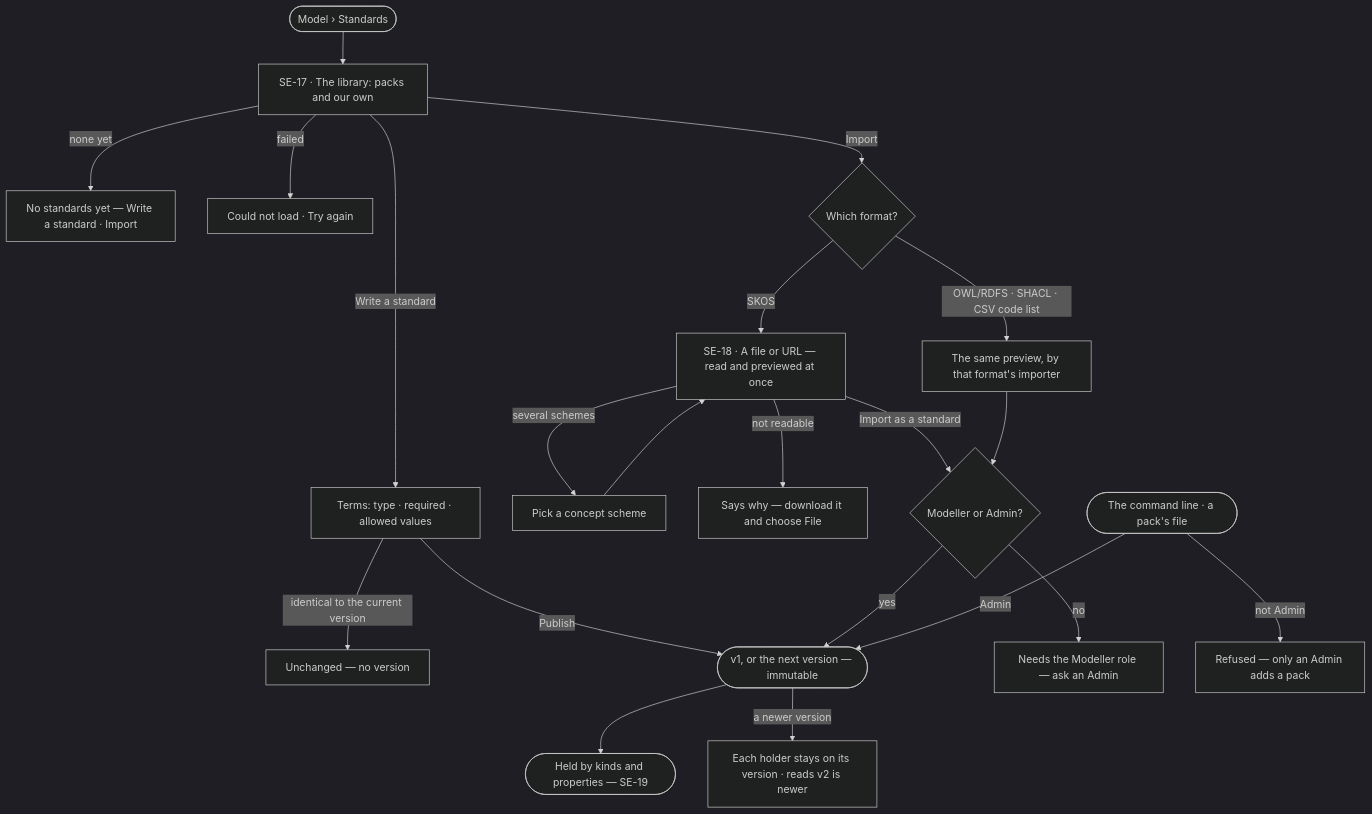
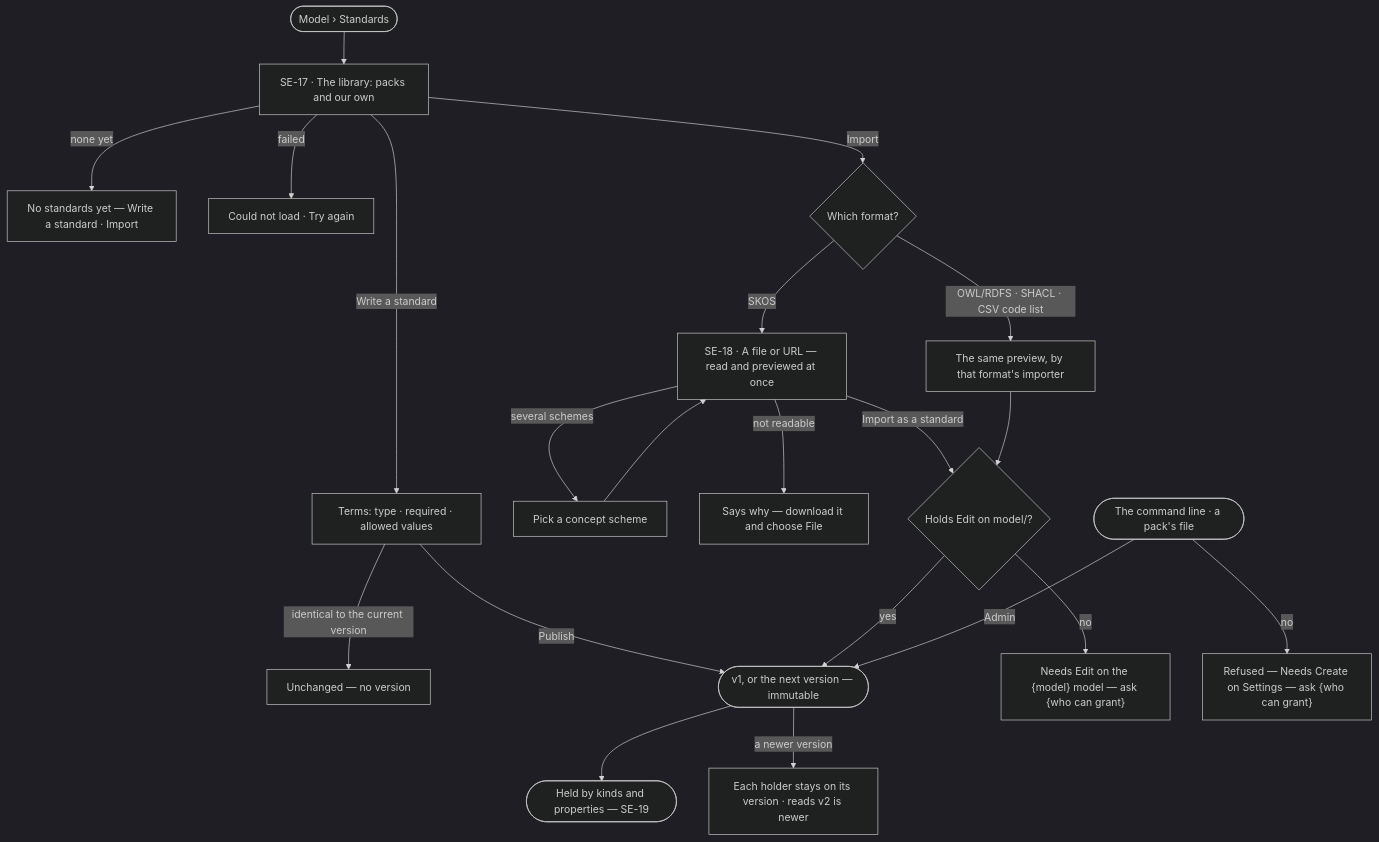
Before and after one commit to invana/invana: the diagram in specs/capabilities/semantics/features/SE-F05-standards/feature.md, drawn with Mermaid (dark theme). The commit also changed other lines of this file and 456 other files, not shown here.

````diff
--- a/specs/capabilities/semantics/features/SE-F05-standards/feature.md
+++ b/specs/capabilities/semantics/features/SE-F05-standards/feature.md
@@ -23,22 +23,22 @@
 ```mermaid
 flowchart TD
   start([Model › Standards]) --> lib["SE-17 · The library: packs and our own"]
   lib -->|none yet| l0["No standards yet — Write a standard · Import"]
   lib -->|failed| lx["Could not load · Try again"]
   lib -->|Write a standard| w["Terms: type · required · allowed values"]
   w -->|identical to the current version| wu["Unchanged — no version"]
   w -->|Publish| sv(["v1, or the next version — immutable"])
   lib -->|Import| fmt{Which format?}
   fmt -->|SKOS| sk["SE-18 · A file or URL — read and previewed at once"]
   fmt -->|OWL/RDFS · SHACL · CSV code list| ot["The same preview, by that format's importer"]
   sk -->|several schemes| pk["Pick a concept scheme"] --> sk
   sk -->|not readable| skx["Says why — download it and choose File"]
-  sk -->|Import as a standard| own{Modeller or Admin?}
+  sk -->|Import as a standard| own{"Holds Edit on model/<model>?"}
   ot --> own
-  own -->|no| ox["Needs the Modeller role — ask an Admin"]
+  own -->|no| ox["Needs Edit on the {model} model — ask {who can grant}"]
   own -->|yes| sv
   cli([The command line · a pack's file]) -->|Admin| sv
-  cli -->|not Admin| px["Refused — only an Admin adds a pack"]
+  cli -->|no| px["Refused — Needs Create on Settings — ask {who can grant}"]
   sv --> held(["Held by kinds and properties — SE-19"])
   sv -->|a newer version| pin["Each holder stays on its version · reads v2 is newer"]
 ```
````
